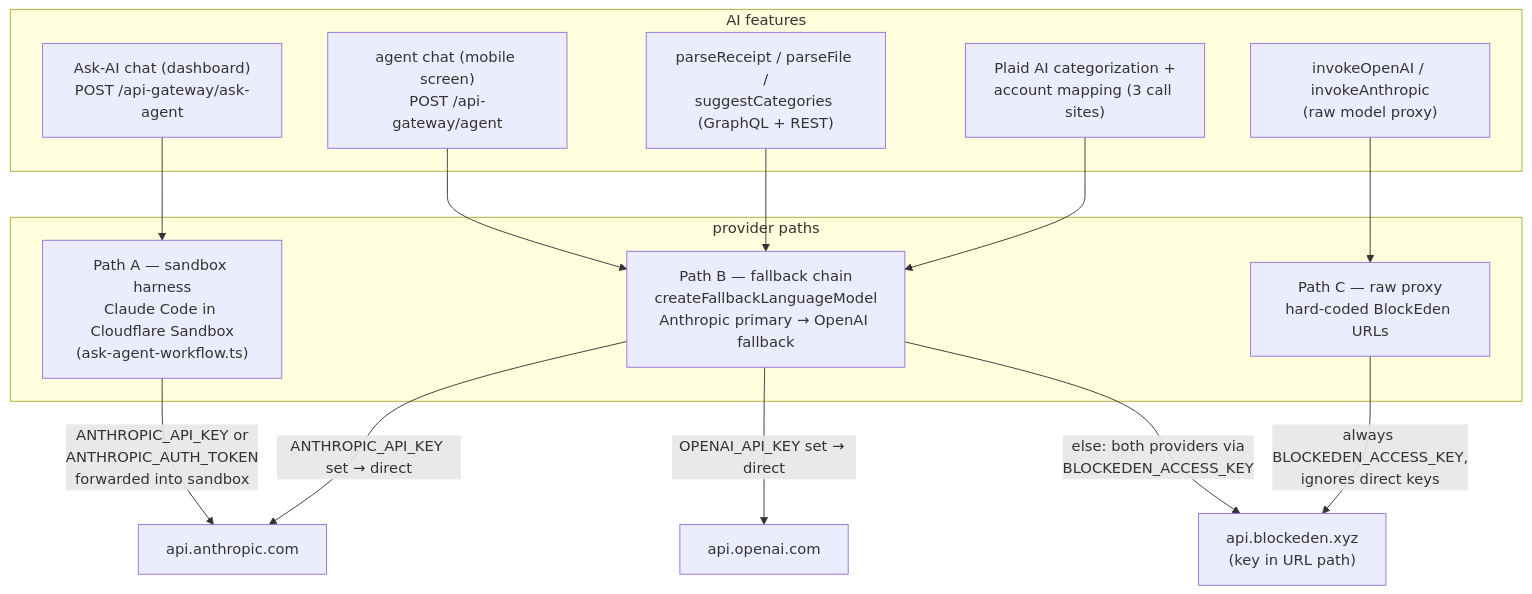
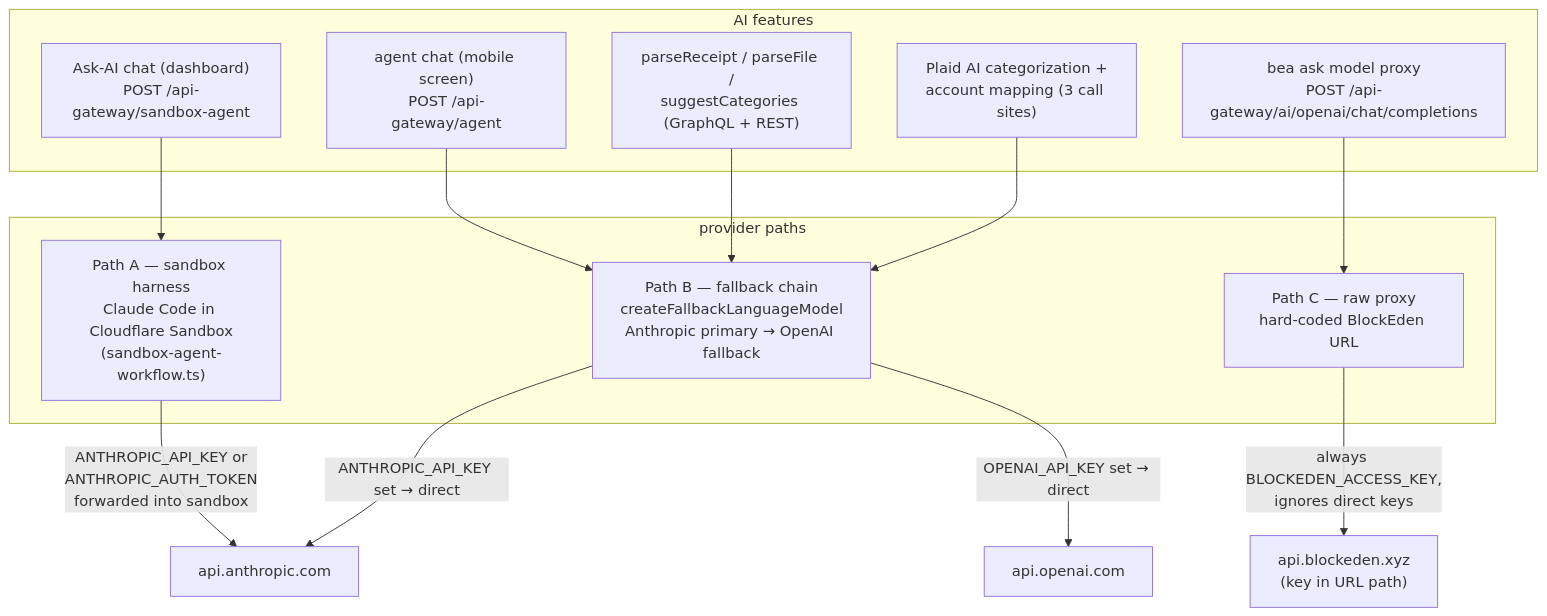
The diagram in docs/adrs/ADR011-backend-v2-ai-api-usage.md (bex-co/beancount-io), drawn with Mermaid before and after one commit. The commit also changed other lines of this file and 17 other files, not shown here.

````diff
--- a/docs/adrs/ADR011-backend-v2-ai-api-usage.md
+++ b/docs/adrs/ADR011-backend-v2-ai-api-usage.md
@@ -12,32 +12,31 @@
 ```mermaid
 flowchart TB
   subgraph features["AI features"]
-    ask["Ask-AI chat (dashboard)\nPOST /api-gateway/ask-agent"]
+    ask["Ask-AI chat (dashboard)\nPOST /api-gateway/sandbox-agent"]
     agent["agent chat (mobile screen)\nPOST /api-gateway/agent"]
     receipt["parseReceipt / parseFile /\nsuggestCategories (GraphQL + REST)"]
     plaid["Plaid AI categorization +\naccount mapping (3 call sites)"]
-    proxy["invokeOpenAI / invokeAnthropic\n(raw model proxy)"]
+    proxy["bea ask model proxy\nPOST /api-gateway/ai/openai/chat/completions"]
   end
 
   subgraph paths["provider paths"]
-    A["Path A — sandbox harness\nClaude Code in Cloudflare Sandbox\n(ask-agent-workflow.ts)"]
+    A["Path A — sandbox harness\nClaude Code in Cloudflare Sandbox\n(sandbox-agent-workflow.ts)"]
     B["Path B — fallback chain\ncreateFallbackLanguageModel\nAnthropic primary → OpenAI fallback"]
-    C["Path C — raw proxy\nhard-coded BlockEden URLs"]
+    C["Path C — raw proxy\nhard-coded BlockEden URL"]
   end
 
   anthropic["api.anthropic.com"]
   openai["api.openai.com"]
   blockeden["api.blockeden.xyz\n(key in URL path)"]
 
   ask --> A
   agent --> B
   receipt --> B
   plaid --> B
   proxy --> C
 
   A -->|"ANTHROPIC_API_KEY or\nANTHROPIC_AUTH_TOKEN\nforwarded into sandbox"| anthropic
   B -->|"ANTHROPIC_API_KEY set → direct"| anthropic
   B -->|"OPENAI_API_KEY set → direct"| openai
-  B -->|"else: both providers via\nBLOCKEDEN_ACCESS_KEY"| blockeden
   C -->|"always BLOCKEDEN_ACCESS_KEY,\nignores direct keys"| blockeden
 ```
````
